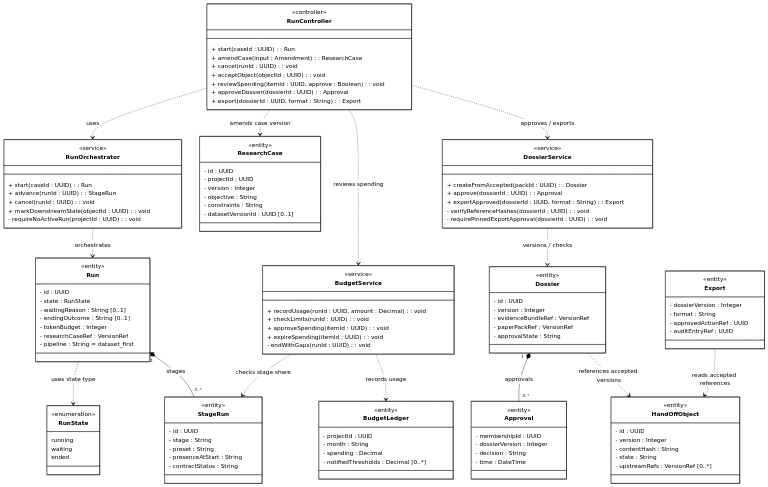
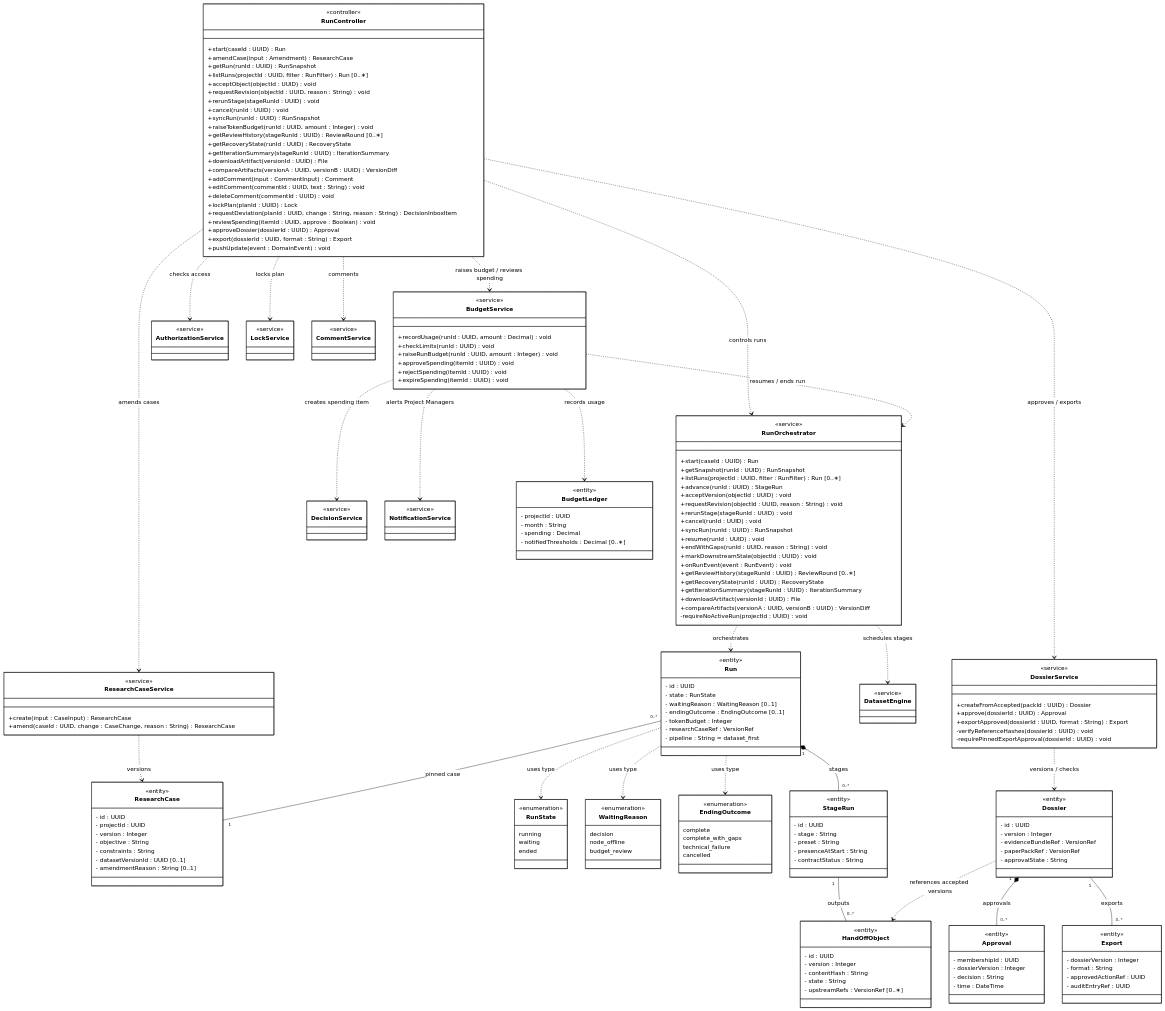
Before and after one commit to openai-scientist/docs: the fourth of 8 diagrams in diagrams/07-class/Class-Diagrams-Mermaid.md, drawn with Mermaid. The commit also changed other lines of this file and 130 other files, not shown here.

Commit message:
update diagram

````diff
--- a/diagrams/07-class/Class-Diagrams-Mermaid.md
+++ b/diagrams/07-class/Class-Diagrams-Mermaid.md
@@ -358,34 +449,94 @@
 ```mermaid
-%%{init: {"theme": "base", "themeVariables": {"primaryColor": "#ffffff", "primaryBorderColor": "#000000", "primaryTextColor": "#000000", "secondaryColor": "#ffffff", "tertiaryColor": "#ffffff", "lineColor": "#000000", "textColor": "#000000", "background": "#ffffff"}}}%%
+%%{init: {'theme': 'base', 'themeVariables': {'background': '#ffffff', 'mainBkg': '#ffffff', 'primaryColor': '#ffffff', 'primaryBorderColor': '#000000', 'primaryTextColor': '#000000', 'lineColor': '#000000', 'textColor': '#000000', 'fontFamily': 'Arial'}}}%%
 classDiagram
-    direction TB
     class RunController {
         <<controller>>
-        + start(caseId : UUID) : Run
-        + amendCase(input : Amendment) : ResearchCase
-        + cancel(runId : UUID) : void
-        + acceptObject(objectId : UUID) : void
-        + reviewSpending(itemId : UUID, approve : Boolean) : void
-        + approveDossier(dossierId : UUID) : Approval
-        + export(dossierId : UUID, format : String) : Export
+        +start(caseId : UUID) Run
+        +amendCase(input : Amendment) ResearchCase
+        +getRun(runId : UUID) RunSnapshot
+        +listRuns(projectId : UUID, filter : RunFilter) Run [0..∗]
+        +acceptObject(objectId : UUID) void
+        +requestRevision(objectId : UUID, reason : String) void
+        +rerunStage(stageRunId : UUID) void
+        +cancel(runId : UUID) void
+        +syncRun(runId : UUID) RunSnapshot
+        +raiseTokenBudget(runId : UUID, amount : Integer) void
+        +getReviewHistory(stageRunId : UUID) ReviewRound [0..∗]
+        +getRecoveryState(runId : UUID) RecoveryState
+        +getIterationSummary(stageRunId : UUID) IterationSummary
+        +downloadArtifact(versionId : UUID) File
+        +compareArtifacts(versionA : UUID, versionB : UUID) VersionDiff
+        +addComment(input : CommentInput) Comment
+        +editComment(commentId : UUID, text : String) void
+        +deleteComment(commentId : UUID) void
+        +lockPlan(planId : UUID) Lock
+        +requestDeviation(planId : UUID, change : String, reason : String) DecisionInboxItem
+        +reviewSpending(itemId : UUID, approve : Boolean) void
+        +approveDossier(dossierId : UUID) Approval
+        +export(dossierId : UUID, format : String) Export
+        +pushUpdate(event : DomainEvent) void
     }
     class RunOrchestrator {
         <<service>>
-        + start(caseId : UUID) : Run
-        + advance(runId : UUID) : StageRun
-        + cancel(runId : UUID) : void
-        + markDownstreamStale(objectId : UUID) : void
-        - requireNoActiveRun(projectId : UUID) : void
+        +start(caseId : UUID) Run
+        +getSnapshot(runId : UUID) RunSnapshot
+        +listRuns(projectId : UUID, filter : RunFilter) Run [0..∗]
+        +advance(runId : UUID) StageRun
+        +acceptVersion(objectId : UUID) void
+        +requestRevision(objectId : UUID, reason : String) void
+        +rerunStage(stageRunId : UUID) void
+        +cancel(runId : UUID) void
+        +syncRun(runId : UUID) RunSnapshot
+        +resume(runId : UUID) void
+        +endWithGaps(runId : UUID, reason : String) void
+        +markDownstreamStale(objectId : UUID) void
+        +onRunEvent(event : RunEvent) void
+        +getReviewHistory(stageRunId : UUID) ReviewRound [0..∗]
+        +getRecoveryState(runId : UUID) RecoveryState
+        +getIterationSummary(stageRunId : UUID) IterationSummary
+        +downloadArtifact(versionId : UUID) File
+        +compareArtifacts(versionA : UUID, versionB : UUID) VersionDiff
+        -requireNoActiveRun(projectId : UUID) void
     }
-    class Run {
-        <<entity>>
-        - id : UUID
-        - state : RunState
-        - waitingReason : String [0..1]
-        - endingOutcome : String [0..1]
-        - tokenBudget : Integer
-        - researchCaseRef : VersionRef
-        - pipeline : String = dataset_first
+    class ResearchCaseService {
+        <<service>>
+        +create(input : CaseInput) ResearchCase
+        +amend(caseId : UUID, change : CaseChange, reason : String) ResearchCase
+    }
+    class BudgetService {
+        <<service>>
+        +recordUsage(runId : UUID, amount : Decimal) void
+        +checkLimits(runId : UUID) void
+        +raiseRunBudget(runId : UUID, amount : Integer) void
+        +approveSpending(itemId : UUID) void
+        +rejectSpending(itemId : UUID) void
+        +expireSpending(itemId : UUID) void
+    }
+    class DossierService {
+        <<service>>
+        +createFromAccepted(packId : UUID) Dossier
+        +approve(dossierId : UUID) Approval
+        +exportApproved(dossierId : UUID, format : String) Export
+        -verifyReferenceHashes(dossierId : UUID) void
+        -requirePinnedExportApproval(dossierId : UUID) void
+    }
+    class AuthorizationService {
+        <<service>>
+    }
+    class LockService {
+        <<service>>
+    }
+    class CommentService {
+        <<service>>
+    }
+    class DecisionService {
+        <<service>>
+    }
+    class NotificationService {
+        <<service>>
+    }
+    class DatasetEngine {
+        <<service>>
     }
     class ResearchCase {
         <<entity>>
@@ -395,14 +546,36 @@
         - objective : String
         - constraints : String
         - datasetVersionId : UUID [0..1]
+        - amendmentReason : String [0..1]
     }
-    class BudgetService {
-        <<service>>
-        + recordUsage(runId : UUID, amount : Decimal) : void
-        + checkLimits(runId : UUID) : void
-        + approveSpending(itemId : UUID) : void
-        + expireSpending(itemId : UUID) : void
-        - endWithGaps(runId : UUID) : void
+    class Run {
+        <<entity>>
+        - id : UUID
+        - state : RunState
+        - waitingReason : WaitingReason [0..1]
+        - endingOutcome : EndingOutcome [0..1]
+        - tokenBudget : Integer
+        - researchCaseRef : VersionRef
+        - pipeline : String = dataset#95;first
+    }
+    class RunState {
+        <<enumeration>>
+        running
+        waiting
+        ended
+    }
+    class WaitingReason {
+        <<enumeration>>
+        decision
+        node#95;offline
+        budget#95;review
+    }
+    class EndingOutcome {
+        <<enumeration>>
+        complete
+        complete#95;with#95;gaps
+        technical#95;failure
+        cancelled
     }
     class StageRun {
         <<entity>>
@@ -412,20 +585,20 @@
         - presenceAtStart : String
         - contractStatus : String
     }
+    class HandOffObject {
+        <<entity>>
+        - id : UUID
+        - version : Integer
+        - contentHash : String
+        - state : String
+        - upstreamRefs : VersionRef [0..∗]
+    }
     class BudgetLedger {
         <<entity>>
         - projectId : UUID
         - month : String
         - spending : Decimal
-        - notifiedThresholds : Decimal [0..*]
-    }
-    class DossierService {
-        <<service>>
-        + createFromAccepted(packId : UUID) : Dossier
-        + approve(dossierId : UUID) : Approval
-        + exportApproved(dossierId : UUID, format : String) : Export
-        - verifyReferenceHashes(dossierId : UUID) : void
-        - requirePinnedExportApproval(dossierId : UUID) : void
+        - notifiedThresholds : Decimal [0..∗]
     }
     class Dossier {
         <<entity>>
@@ -442,20 +615,6 @@
         - decision : String
         - time : DateTime
     }
-    class RunState {
-        <<enumeration>>
-        running
-        waiting
-        ended
-    }
-    class HandOffObject {
-        <<entity>>
-        - id : UUID
-        - version : Integer
-        - contentHash : String
-        - state : String
-        - upstreamRefs : VersionRef [0..*]
-    }
     class Export {
         <<entity>>
         - dossierVersion : Integer
@@ -463,17 +622,28 @@
         - approvedActionRef : UUID
         - auditEntryRef : UUID
     }
-    RunController ..> RunOrchestrator : uses
-    RunController ..> BudgetService : reviews spending
+    RunController ..> RunOrchestrator : controls runs
+    RunController ..> ResearchCaseService : amends cases
+    RunController ..> BudgetService : raises budget / reviews spending
     RunController ..> DossierService : approves / exports
+    RunController ..> AuthorizationService : checks access
+    RunController ..> LockService : locks plan
+    RunController ..> CommentService : comments
+    RunOrchestrator ..> DatasetEngine : schedules stages
     RunOrchestrator ..> Run : orchestrates
-    Run ..> RunState : uses state type
-    RunController ..> ResearchCase : amends case version
-    Run "1" *-- "0..*" StageRun : stages
-    BudgetService ..> StageRun : checks stage share
+    ResearchCaseService ..> ResearchCase : versions
+    BudgetService ..> RunOrchestrator : resumes / ends run
+    BudgetService ..> NotificationService : alerts Project Managers
+    BudgetService ..> DecisionService : creates spending item
     BudgetService ..> BudgetLedger : records usage
     DossierService ..> Dossier : versions / checks
+    Run "0..*" -- "1" ResearchCase : pinned case
+    Run ..> RunState : uses type
+    Run ..> WaitingReason : uses type
+    Run ..> EndingOutcome : uses type
+    Run "1" *-- "0..*" StageRun : stages
+    StageRun "1" -- "0..*" HandOffObject : outputs
+    Dossier ..> HandOffObject : references accepted versions
     Dossier "1" *-- "0..*" Approval : approvals
-    Dossier ..> HandOffObject : references accepted versions
-    Export ..> HandOffObject : reads accepted references
+    Dossier "1" -- "0..*" Export : exports
 ```
````
